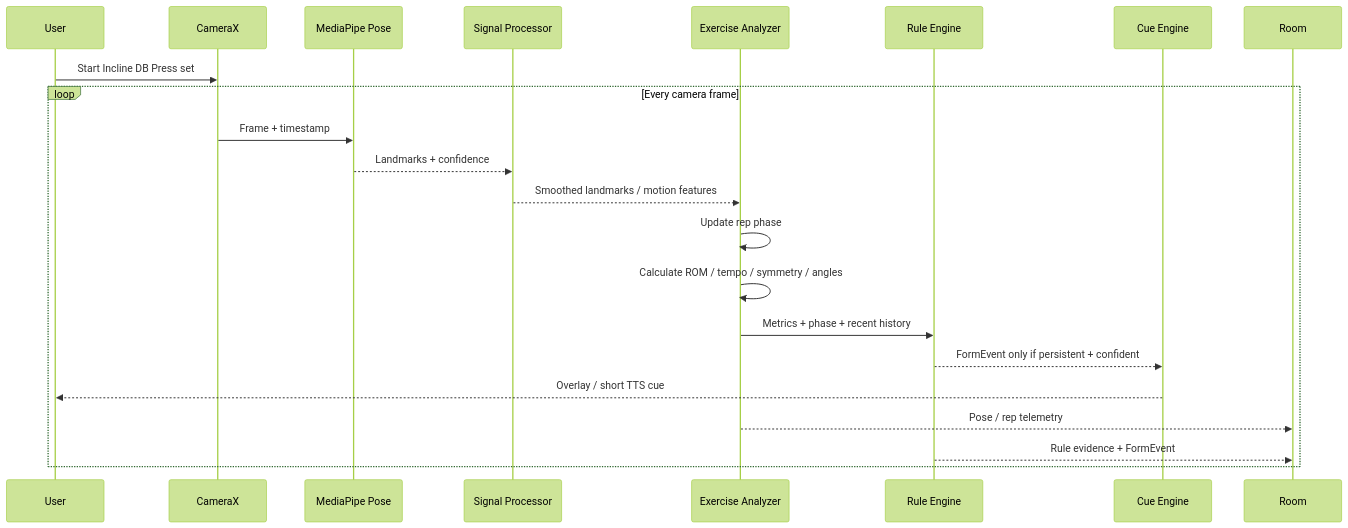
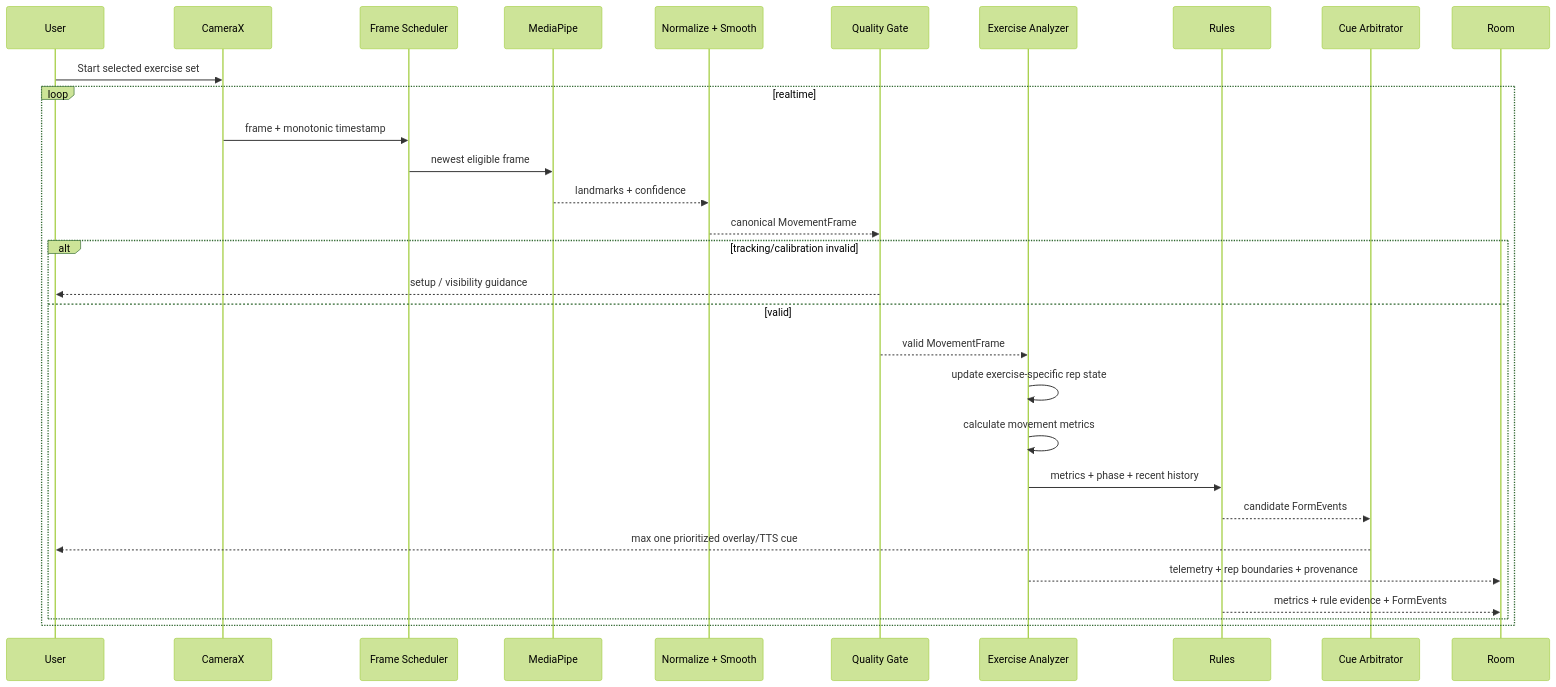
One commit to lazerta/gym-buddy changed the fourth of 7 diagrams in docs/uml/OVERVIEW.md. Above: the diagram before and after it, drawn with Mermaid (forest theme). The commit also changed other lines of this file, not shown here.

Commit message:
Upgrade rendered UML overview to v0.2

````diff
--- a/docs/uml/OVERVIEW.md
+++ b/docs/uml/OVERVIEW.md
@@ -124,25 +179,33 @@
 ```mermaid
 sequenceDiagram
     participant U as User
     participant C as CameraX
-    participant P as MediaPipe Pose
-    participant S as Signal Processor
+    participant F as Frame Scheduler
+    participant P as MediaPipe
+    participant N as Normalize + Smooth
+    participant G as Quality Gate
     participant A as Exercise Analyzer
-    participant R as Rule Engine
-    participant Q as Cue Engine
+    participant R as Rules
+    participant Q as Cue Arbitrator
     participant DB as Room
 
-    U->>C: Start Incline DB Press set
-    loop Every camera frame
-      C->>P: Frame + timestamp
-      P-->>S: Landmarks + confidence
-      S-->>A: Smoothed landmarks / motion features
-      A->>A: Update rep phase
-      A->>A: Calculate ROM / tempo / symmetry / angles
-      A->>R: Metrics + phase + recent history
-      R-->>Q: FormEvent only if persistent + confident
-      Q-->>U: Overlay / short TTS cue
-      A-->>DB: Pose / rep telemetry
-      R-->>DB: Rule evidence + FormEvent
+    U->>C: Start selected exercise set
+    loop realtime
+      C->>F: frame + monotonic timestamp
+      F->>P: newest eligible frame
+      P-->>N: landmarks + confidence
+      N-->>G: canonical MovementFrame
+      alt tracking/calibration invalid
+        G-->>U: setup / visibility guidance
+      else valid
+        G-->>A: valid MovementFrame
+        A->>A: update exercise-specific rep state
+        A->>A: calculate movement metrics
+        A->>R: metrics + phase + recent history
+        R-->>Q: candidate FormEvents
+        Q-->>U: max one prioritized overlay/TTS cue
+        A-->>DB: telemetry + rep boundaries + provenance
+        R-->>DB: metrics + rule evidence + FormEvents
+      end
     end
 ```
````
